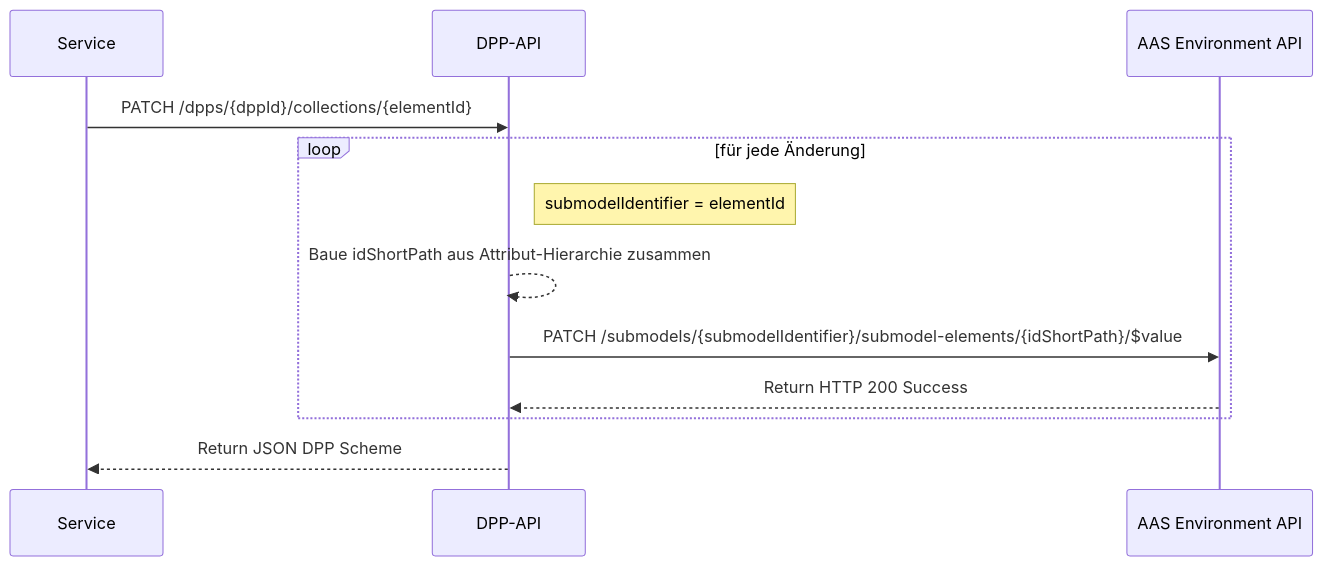
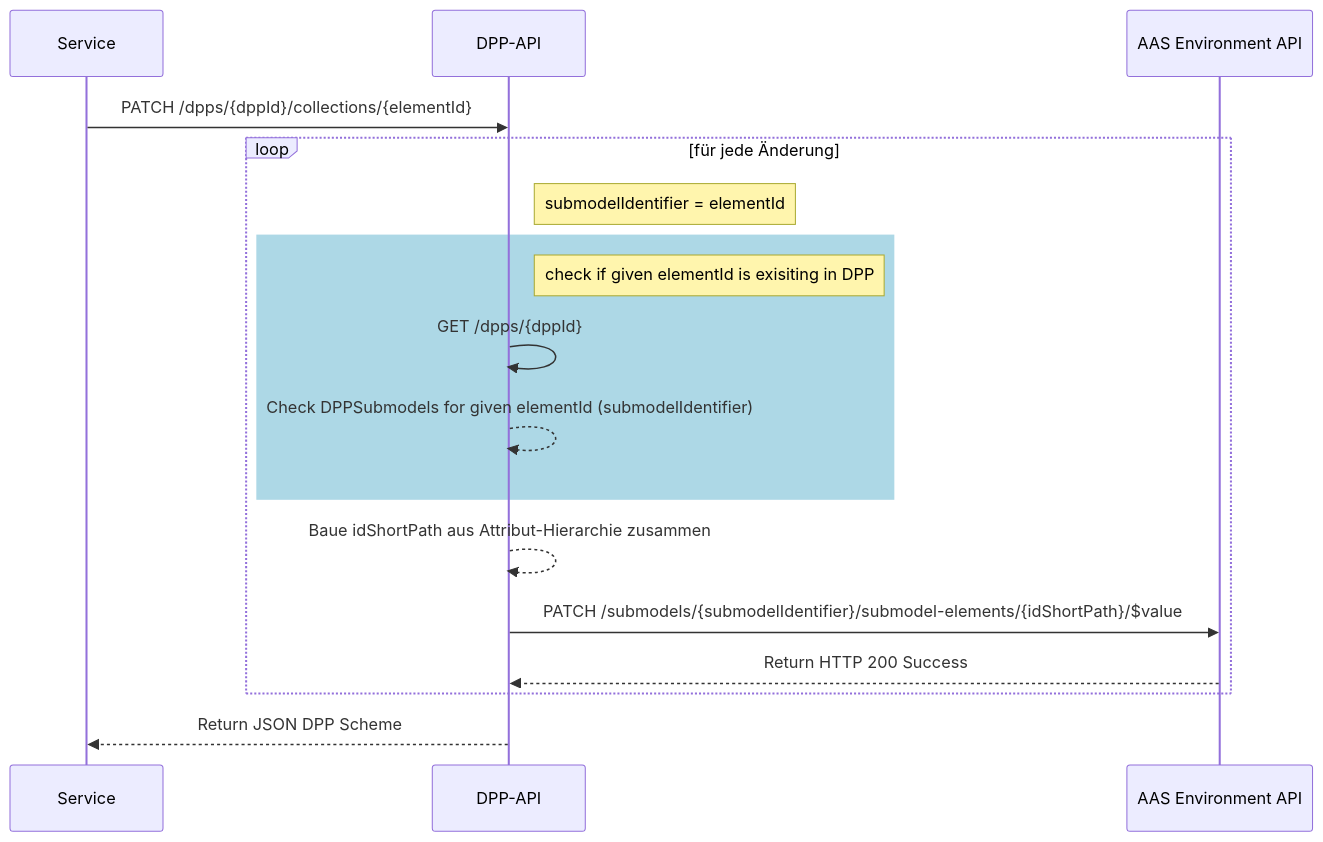
Before and after one commit to DHBW-TINF24F/Team6-BaSyx-DPP-API: the ninth of 10 diagrams in PROJECT/SAS/mapping/mapping.md, drawn with Mermaid. The commit also changed other lines of this file, not shown here.

Commit message:
rework fine-granular api calls

````diff
--- a/PROJECT/SAS/mapping/mapping.md
+++ b/PROJECT/SAS/mapping/mapping.md
@@ -372,17 +386,23 @@
 ```mermaid
 sequenceDiagram
   participant Web as Service
   participant API as DPP-API
   participant Env as AAS Environment API
 
   Web->>API: PATCH /dpps/{dppId}/collections/{elementId}
 
   loop für jede Änderung
     Note right of API: submodelIdentifier = elementId
+    rect lightblue
+      Note right of API: check if given elementId is exisiting in DPP
+      API->>API: GET /dpps/{dppId}
+      API-->>API: Check DPPSubmodels for given elementId (submodelIdentifier)
+    end
+
     API-->>API: Baue idShortPath aus Attribut-Hierarchie zusammen
     API->>Env: PATCH /submodels/{submodelIdentifier}/submodel-elements/{idShortPath}/$value 
     Env-->>API: Return HTTP 200 Success
   end
 
   API-->>Web: Return JSON DPP Scheme
 ```
````
